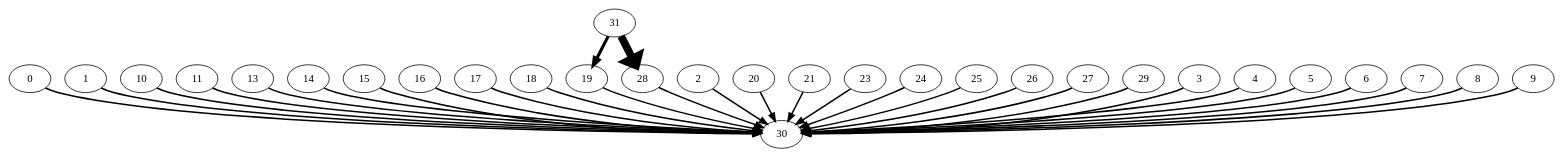
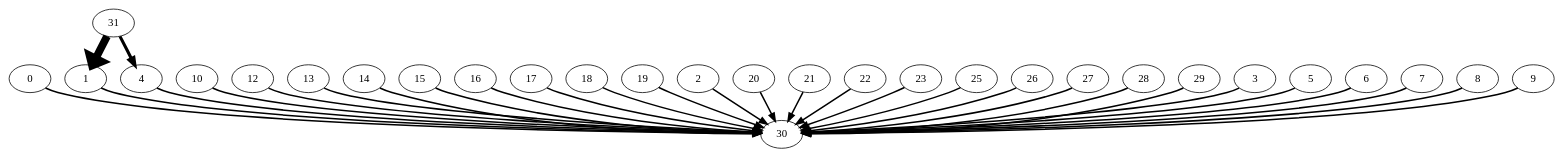
One commit to LostBitset/quiver_se changed the diagram in quiver-gviz/reprdigraph.dot. Above: the diagram before and after it, drawn with Graphviz. The commit also changed 2 other files, not shown here.

```diff
--- a/quiver-gviz/reprdigraph.dot
+++ b/quiver-gviz/reprdigraph.dot
@@ -1,64 +1,64 @@
 digraph  {
 	
-	n28[label="0"];
-	n8[label="1"];
-	n29[label="10"];
-	n30[label="11"];
-	n23[label="13"];
+	n29[label="0"];
+	n23[label="1"];
+	n13[label="10"];
+	n16[label="12"];
+	n19[label="13"];
 	n4[label="14"];
-	n21[label="15"];
-	n17[label="16"];
-	n5[label="17"];
-	n7[label="18"];
-	n22[label="19"];
-	n15[label="2"];
-	n1[label="20"];
-	n19[label="21"];
-	n10[label="23"];
-	n18[label="24"];
-	n12[label="25"];
-	n3[label="26"];
-	n6[label="27"];
-	n14[label="28"];
-	n25[label="29"];
-	n26[label="3"];
+	n20[label="15"];
+	n25[label="16"];
+	n3[label="17"];
+	n18[label="18"];
+	n14[label="19"];
+	n12[label="2"];
+	n15[label="20"];
+	n26[label="21"];
+	n10[label="22"];
+	n28[label="23"];
+	n5[label="25"];
+	n24[label="26"];
+	n21[label="27"];
+	n9[label="28"];
+	n6[label="29"];
+	n27[label="3"];
 	n2[label="30"];
-	n27[label="31"];
-	n24[label="4"];
-	n11[label="5"];
-	n20[label="6"];
-	n16[label="7"];
-	n13[label="8"];
-	n9[label="9"];
+	n22[label="31"];
+	n17[label="4"];
+	n7[label="5"];
+	n1[label="6"];
+	n30[label="7"];
+	n11[label="8"];
+	n8[label="9"];
+	n29->n2[penwidth="2"];
+	n23->n2[penwidth="2"];
+	n13->n2[penwidth="2"];
+	n16->n2[penwidth="2"];
+	n19->n2[penwidth="2"];
+	n4->n2[penwidth="2"];
+	n20->n2[penwidth="2"];
+	n25->n2[penwidth="2"];
+	n3->n2[penwidth="2"];
+	n18->n2[penwidth="2"];
+	n14->n2[penwidth="2"];
+	n12->n2[penwidth="2"];
+	n15->n2[penwidth="2"];
+	n26->n2[penwidth="2"];
+	n10->n2[penwidth="2"];
 	n28->n2[penwidth="2"];
+	n5->n2[penwidth="2"];
+	n24->n2[penwidth="2"];
+	n21->n2[penwidth="2"];
+	n9->n2[penwidth="2"];
+	n6->n2[penwidth="2"];
+	n27->n2[penwidth="2"];
+	n22->n17[penwidth="4"];
+	n22->n23[penwidth="10"];
+	n17->n2[penwidth="2"];
+	n7->n2[penwidth="2"];
+	n1->n2[penwidth="2"];
+	n30->n2[penwidth="2"];
+	n11->n2[penwidth="2"];
 	n8->n2[penwidth="2"];
-	n29->n2[penwidth="2"];
-	n30->n2[penwidth="2"];
-	n23->n2[penwidth="2"];
-	n4->n2[penwidth="2"];
-	n21->n2[penwidth="2"];
-	n17->n2[penwidth="2"];
-	n5->n2[penwidth="2"];
-	n7->n2[penwidth="2"];
-	n22->n2[penwidth="2"];
-	n15->n2[penwidth="2"];
-	n1->n2[penwidth="2"];
-	n19->n2[penwidth="2"];
-	n10->n2[penwidth="2"];
-	n18->n2[penwidth="2"];
-	n12->n2[penwidth="2"];
-	n3->n2[penwidth="2"];
-	n6->n2[penwidth="2"];
-	n14->n2[penwidth="2"];
-	n25->n2[penwidth="2"];
-	n26->n2[penwidth="2"];
-	n27->n14[penwidth="10"];
-	n27->n22[penwidth="4"];
-	n24->n2[penwidth="2"];
-	n11->n2[penwidth="2"];
-	n20->n2[penwidth="2"];
-	n16->n2[penwidth="2"];
-	n13->n2[penwidth="2"];
-	n9->n2[penwidth="2"];
 	
 }
```
